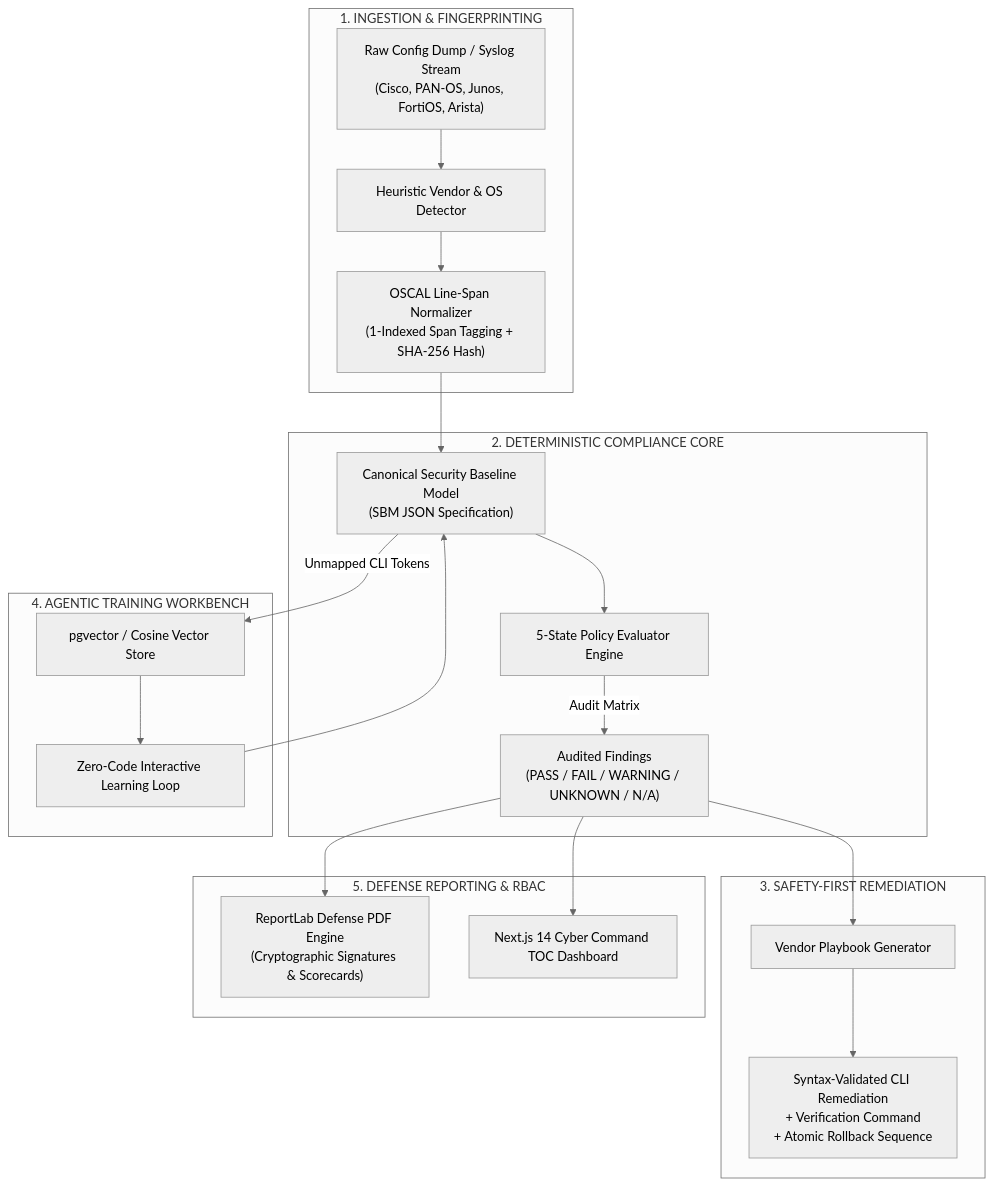
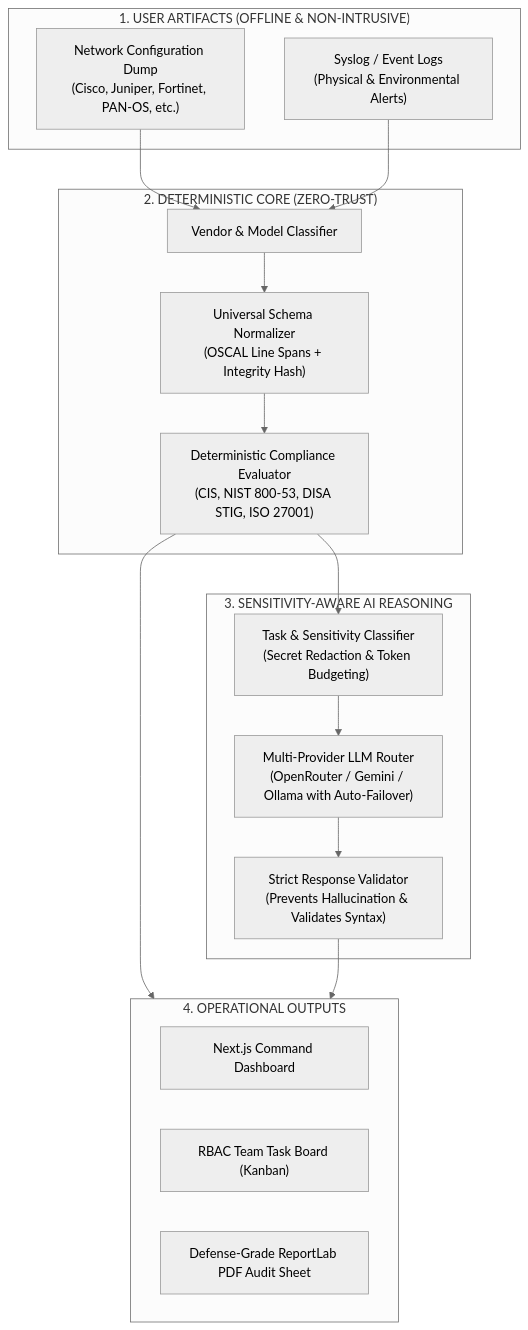
The diagram in README.md (priyankarpadhy-eng/sih-mock), drawn with Mermaid (neutral theme) before and after one commit. The commit also changed other lines of this file and 42 other files, not shown here.

Commit message:
feat: multi-vendor compliance engine, hybrid LLM routing, sensitivity protection & updated setup guide

````diff
--- a/README.md
+++ b/README.md
@@ -40,29 +152,35 @@
 ```mermaid
-flowchart TB
-    subgraph Ingestion ["1. INGESTION & FINGERPRINTING"]
-        RawDump["Raw Config Dump / Syslog Stream<br/>(Cisco, PAN-OS, Junos, FortiOS, Arista)"] --> VendorDet["Heuristic Vendor & OS Detector"]
-        VendorDet --> ConfigNorm["OSCAL Line-Span Normalizer<br/>(1-Indexed Span Tagging + SHA-256 Hash)"]
+flowchart TD
+    subgraph Inputs ["1. USER ARTIFACTS (OFFLINE & NON-INTRUSIVE)"]
+        UserConfig["Network Configuration Dump<br/>(Cisco, Juniper, Fortinet, PAN-OS, etc.)"]
+        UserLogs["Syslog / Event Logs<br/>(Physical & Environmental Alerts)"]
     end
 
-    subgraph CoreEngine ["2. DETERMINISTIC COMPLIANCE CORE"]
-        ConfigNorm --> SBM["Canonical Security Baseline Model<br/>(SBM JSON Specification)"]
-        SBM --> RuleEngine["5-State Policy Evaluator Engine"]
-        RuleEngine -->|Audit Matrix| Findings["Audited Findings<br/>(PASS / FAIL / WARNING / UNKNOWN / N/A)"]
+    subgraph Pass1 ["2. DETERMINISTIC CORE (ZERO-TRUST)"]
+        VendorDetect["Vendor & Model Classifier"]
+        Normalizer["Universal Schema Normalizer<br/>(OSCAL Line Spans + Integrity Hash)"]
+        RuleEngine["Deterministic Compliance Evaluator<br/>(CIS, NIST 800-53, DISA STIG, ISO 27001)"]
     end
 
-    subgraph Remediation ["3. SAFETY-FIRST REMEDIATION"]
-        Findings --> RemedGen["Vendor Playbook Generator"]
-        RemedGen --> Playbook["Syntax-Validated CLI Remediation<br/>+ Verification Command<br/>+ Atomic Rollback Sequence"]
+    subgraph Pass2 ["3. SENSITIVITY-AWARE AI REASONING"]
+        Classifier["Task & Sensitivity Classifier<br/>(Secret Redaction & Token Budgeting)"]
+        Router["Multi-Provider LLM Router<br/>(OpenRouter / Gemini / Ollama with Auto-Failover)"]
+        Validator["Strict Response Validator<br/>(Prevents Hallucination & Validates Syntax)"]
     end
 
-    subgraph AITraining ["4. AGENTIC TRAINING WORKBENCH"]
-        SBM -->|Unmapped CLI Tokens| VectorStore["pgvector / Cosine Vector Store"]
-        VectorStore --> InteractiveLoop["Zero-Code Interactive Learning Loop"]
-        InteractiveLoop --> SBM
+    subgraph Output ["4. OPERATIONAL OUTPUTS"]
+        Dashboard["Next.js Command Dashboard"]
+        TaskEngine["RBAC Team Task Board (Kanban)"]
+        PDF["Defense-Grade ReportLab PDF Audit Sheet"]
     end
 
-    subgraph Reporting ["5. DEFENSE REPORTING & RBAC"]
-        Findings --> PDFGen["ReportLab Defense PDF Engine<br/>(Cryptographic Signatures & Scorecards)"]
-        Findings --> UI["Next.js 14 Cyber Command TOC Dashboard"]
-    end
+    UserConfig --> VendorDetect
+    UserLogs --> VendorDetect
+    VendorDetect --> Normalizer
+    Normalizer --> RuleEngine
+    RuleEngine --> Classifier
+    Classifier --> Router
+    Router --> Validator
+    RuleEngine --> Output
+    Validator --> Output
 ```
````
